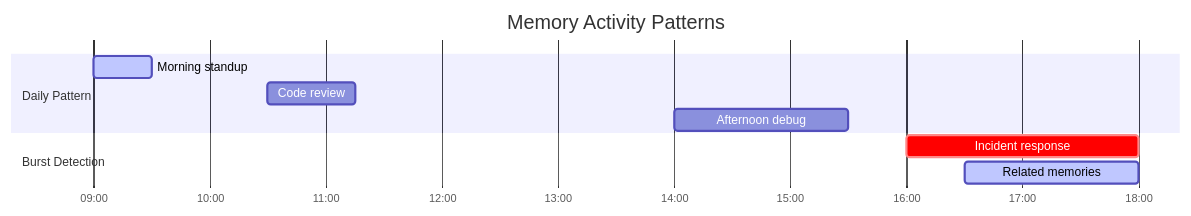
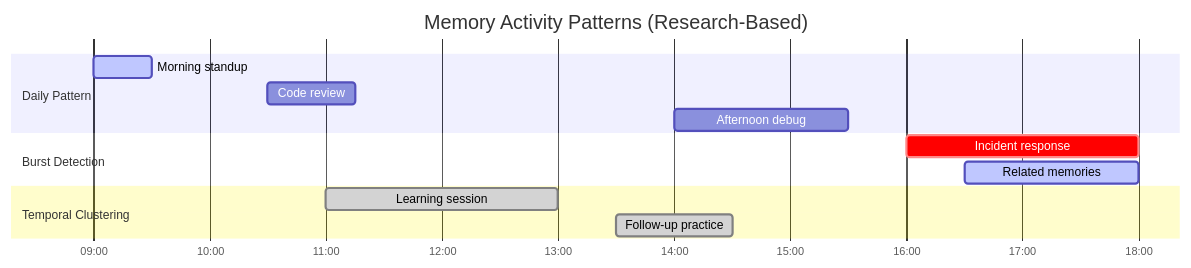
The fifth of 5 diagrams in docs/memory/research-foundations.md (AgentDock/AgentDock), drawn with Mermaid before and after one commit. The commit also changed other lines of this file and 13 other files, not shown here.

````diff
--- a/docs/memory/research-foundations.md
+++ b/docs/memory/research-foundations.md
@@ -112,15 +119,19 @@
 ```mermaid
 gantt
-    title Memory Activity Patterns
+    title Memory Activity Patterns (Research-Based)
     dateFormat HH:mm
     axisFormat %H:%M
     
     section Daily Pattern
     Morning standup    :active, 09:00, 30m
     Code review        :10:30, 45m
     Afternoon debug    :14:00, 90m
     
     section Burst Detection
     Incident response  :crit, 16:00, 120m
     Related memories   :active, 16:30, 90m
+    
+    section Temporal Clustering
+    Learning session   :done, 11:00, 2h
+    Follow-up practice :done, 13:30, 1h
 ```
````
